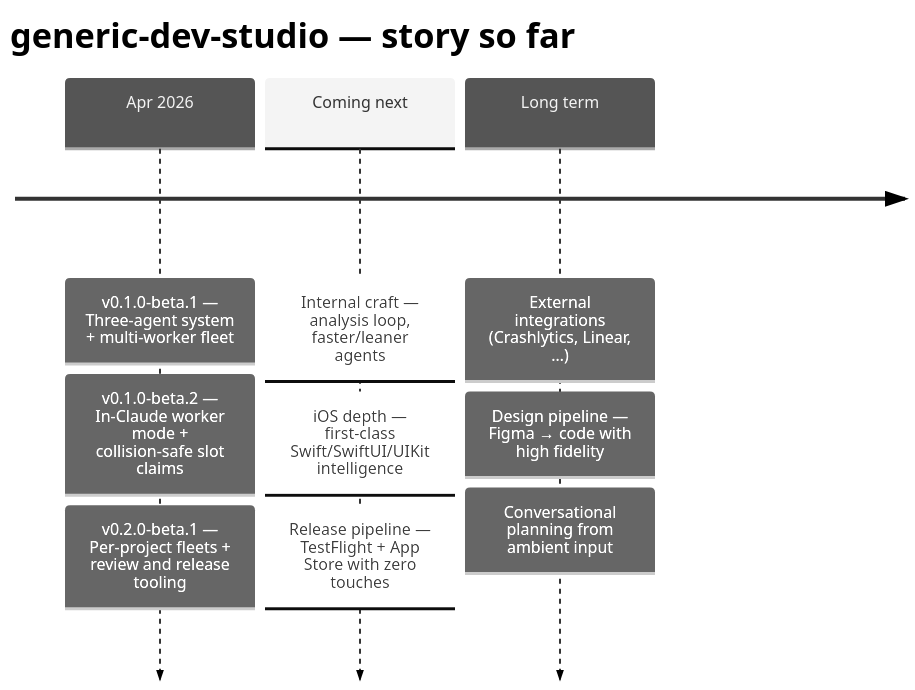
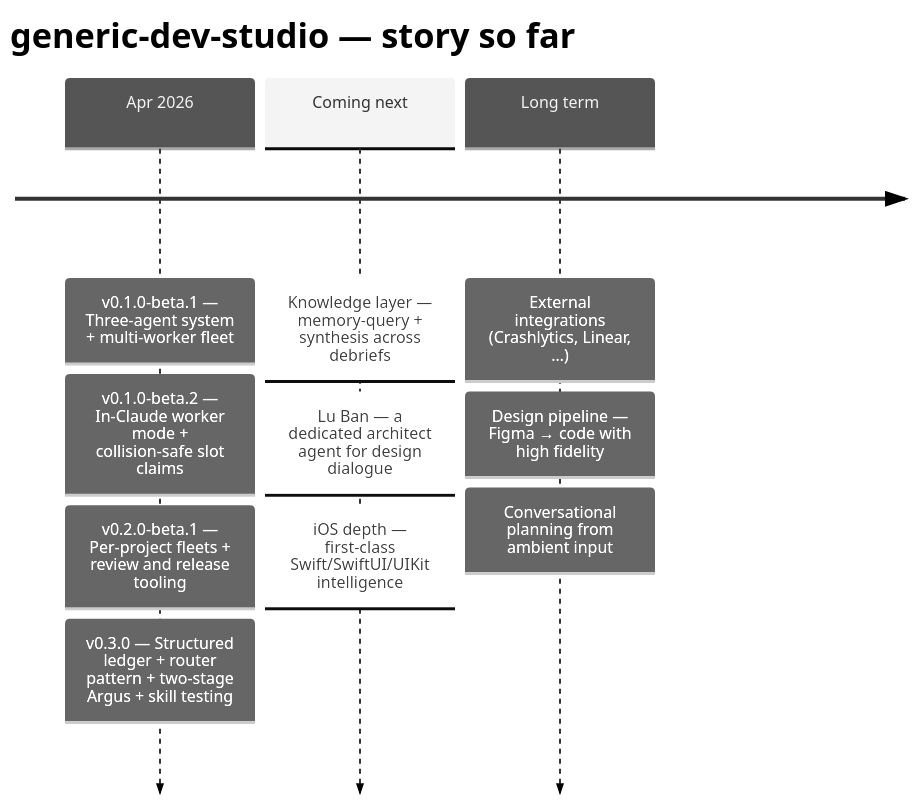
One commit to v-i-s-h-a-l/generic-dev-studio changed the diagram in README.md. Above: the diagram before and after it, drawn with Mermaid (neutral theme). The commit also changed other lines of this file, not shown here.

Commit message:
README: v0.3.0 timeline + Story so far update
Per CLAUDE.md release convention: add the release line to the Mermaid
timeline, prepend an outcome-first paragraph to Story so far, trim
delivered themes from Coming next / Long term (release pipeline is
largely done; internal craft landed as Phase 2.5–2.6.6).

````diff
--- a/README.md
+++ b/README.md
@@ -13,13 +13,14 @@
 ```mermaid
 timeline
     title generic-dev-studio — story so far
     Apr 2026 : v0.1.0-beta.1 — Three-agent system + multi-worker fleet
              : v0.1.0-beta.2 — In-Claude worker mode + collision-safe slot claims
              : v0.2.0-beta.1 — Per-project fleets + review and release tooling
-    Coming next : Internal craft — analysis loop, faster/leaner agents
+             : v0.3.0 — Structured ledger + router pattern + two-stage Argus + skill testing
+    Coming next : Knowledge layer — memory-query + synthesis across debriefs
+                : Lu Ban — a dedicated architect agent for design dialogue
                 : iOS depth — first-class Swift/SwiftUI/UIKit intelligence
-                : Release pipeline — TestFlight + App Store with zero touches
     Long term : External integrations (Crashlytics, Linear, …)
               : Design pipeline — Figma → code with high fidelity
               : Conversational planning from ambient input
 ```
````
